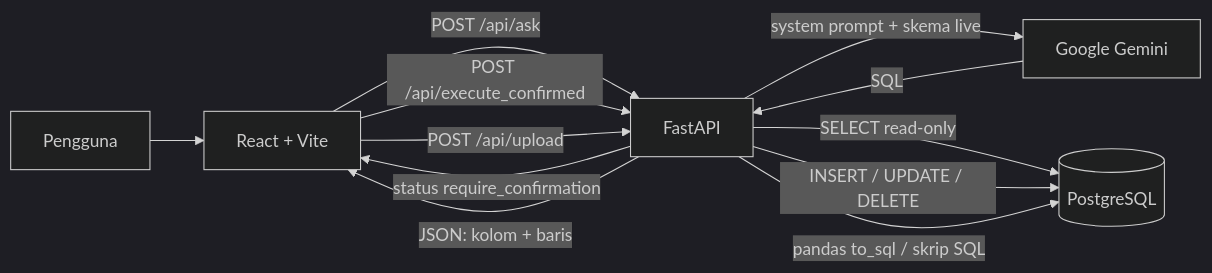
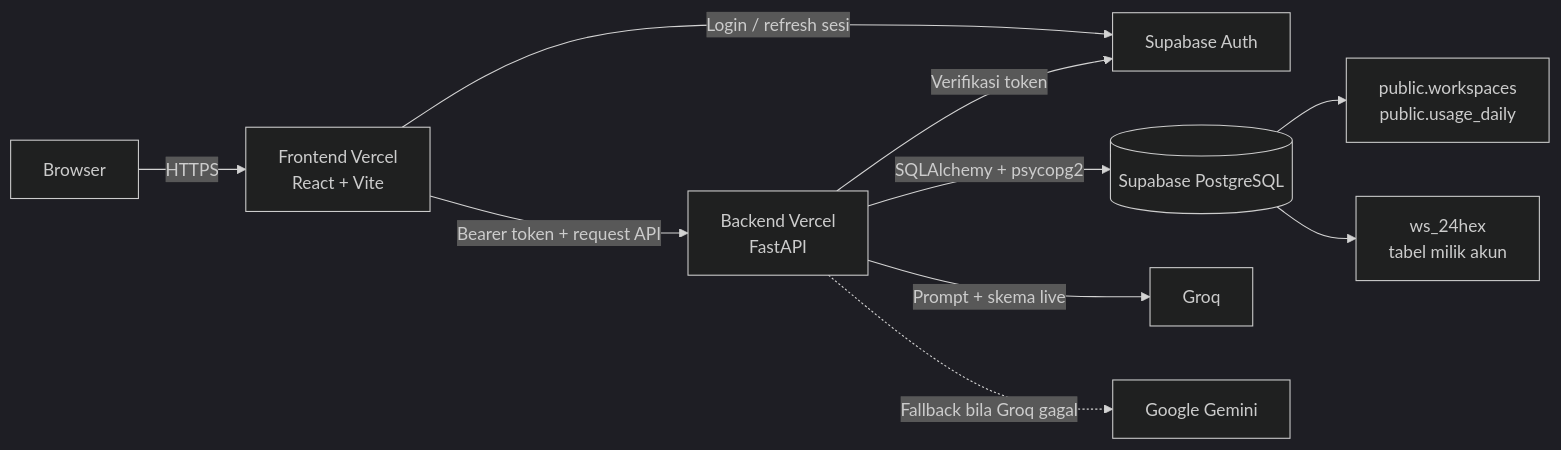
One commit to hayyanjpg/SQL_Analysis changed the diagram in README.md. Above: the diagram before and after it, drawn with Mermaid (dark theme). The commit also changed other lines of this file, not shown here.

First line of the commit message:
Rewrite README for the login-only multi-account production setup

````diff
--- a/README.md
+++ b/README.md
@@ -112,14 +149,13 @@
 ```mermaid
 flowchart LR
-    U[Pengguna] --> F[React + Vite]
-    F -->|POST /api/ask| B[FastAPI]
-    B -->|system prompt + skema live| G[Google Gemini]
-    G -->|SQL| B
-    B -->|SELECT read-only| P[(PostgreSQL)]
-    B -->|status require_confirmation| F
-    F -->|POST /api/execute_confirmed| B
-    B -->|INSERT / UPDATE / DELETE| P
-    F -->|POST /api/upload| B
-    B -->|pandas to_sql / skrip SQL| P
-    B -->|JSON: kolom + baris| F
+    U[Browser] -->|HTTPS| F[Frontend Vercel<br/>React + Vite]
+    F -->|Login / refresh sesi| A[Supabase Auth]
+    F -->|Bearer token + request API| B[Backend Vercel<br/>FastAPI]
+    B -->|Verifikasi token| A
+    B -->|SQLAlchemy + psycopg2| D[(Supabase PostgreSQL)]
+    B -->|Prompt + skema live| G[Groq]
+    B -.->|Fallback bila Groq gagal| M[Google Gemini]
+
+    D --> P[public.workspaces<br/>public.usage_daily]
+    D --> W[ws_24hex<br/>tabel milik akun]
 ```
````
